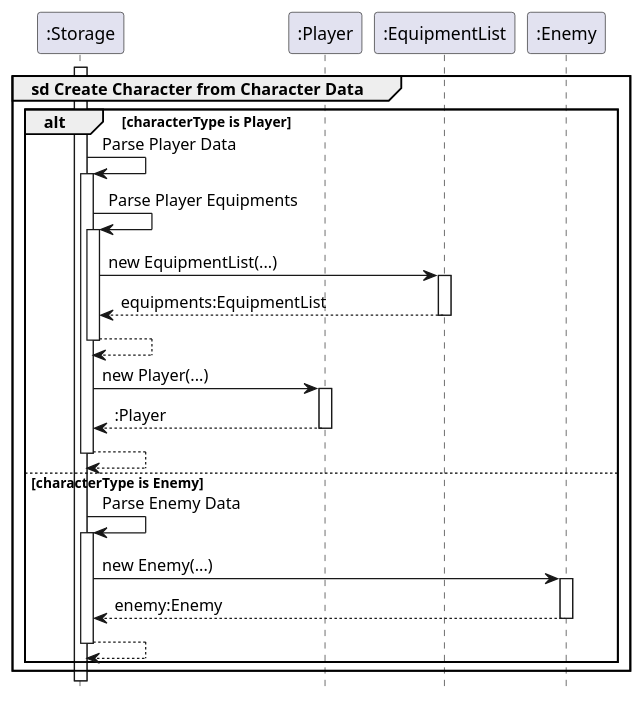
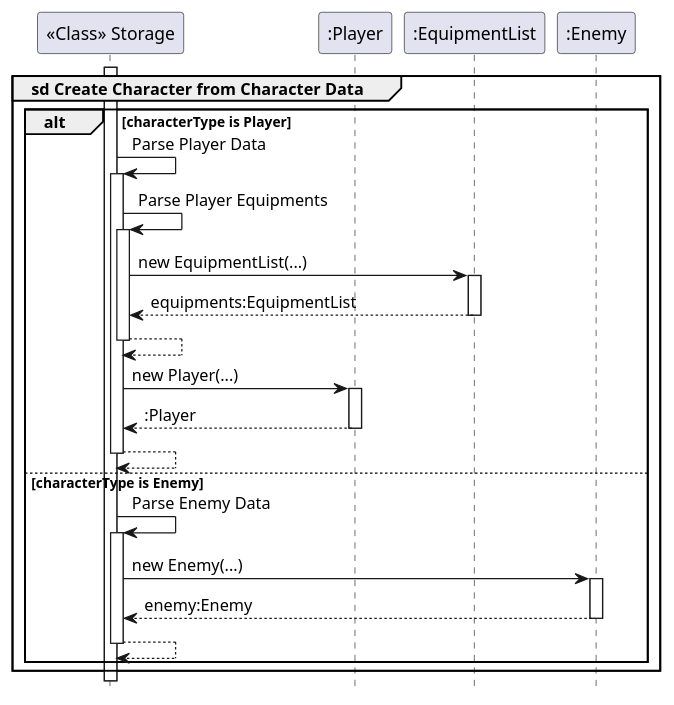
Before and after one commit to TiangSoonYong/tp: the fourth of 4 diagrams in docs/uml/loadSequence.puml, drawn with PlantUML. The commit also changed other lines of this file and 3 other files, not shown here.

Commit message:
Add Class diagram for Storage Class and Sequence Diagram for Save Sequence

```diff
--- a/docs/uml/loadSequence.puml
+++ b/docs/uml/loadSequence.puml
@@ -125,40 +121,40 @@
 @startuml
 hide footbox
 
-participant ":Storage" as Storage
+participant "<<Class>> Storage" as Storage
 participant ":Player" as Player
 participant ":EquipmentList" as EquipmentList
 participant ":Enemy" as Enemy
 
 activate Storage
 group sd Create Character from Character Data
     alt characterType is Player
         Storage -> Storage: Parse Player Data
         activate Storage
             Storage -> Storage: Parse Player Equipments
             activate Storage
                 Storage -> EquipmentList: new EquipmentList(...)
                 activate EquipmentList
                 EquipmentList --> Storage: equipments:EquipmentList
                 deactivate EquipmentList
                 Storage --> Storage:
             deactivate Storage
             Storage -> Player: new Player(...)
             activate Player
             Player --> Storage: :Player
             deactivate Player
             Storage --> Storage:
         deactivate Storage
     else characterType is Enemy
         Storage -> Storage: Parse Enemy Data
         activate Storage
         Storage -> Enemy: new Enemy(...)
         activate Enemy
         Enemy --> Storage: enemy:Enemy
         deactivate Enemy
         Storage --> Storage:
         deactivate Storage
     end alt
 end group
 
 @enduml
```
